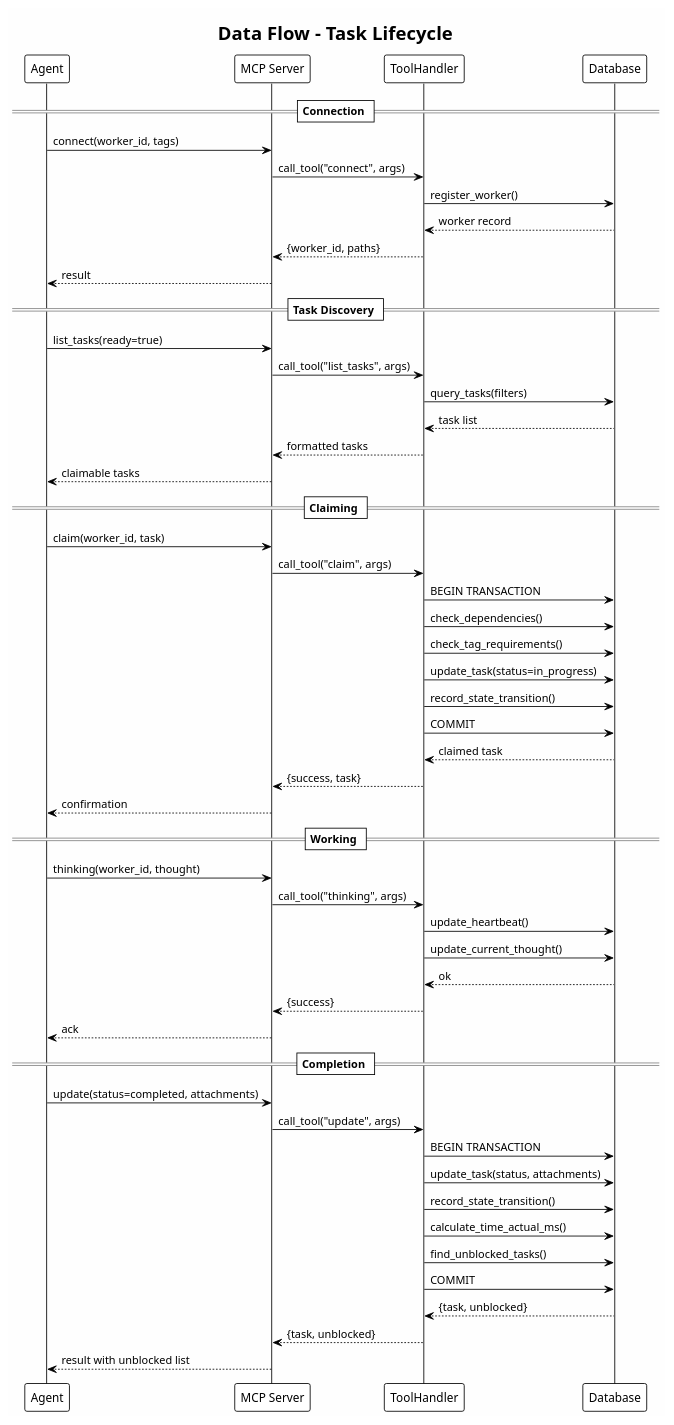
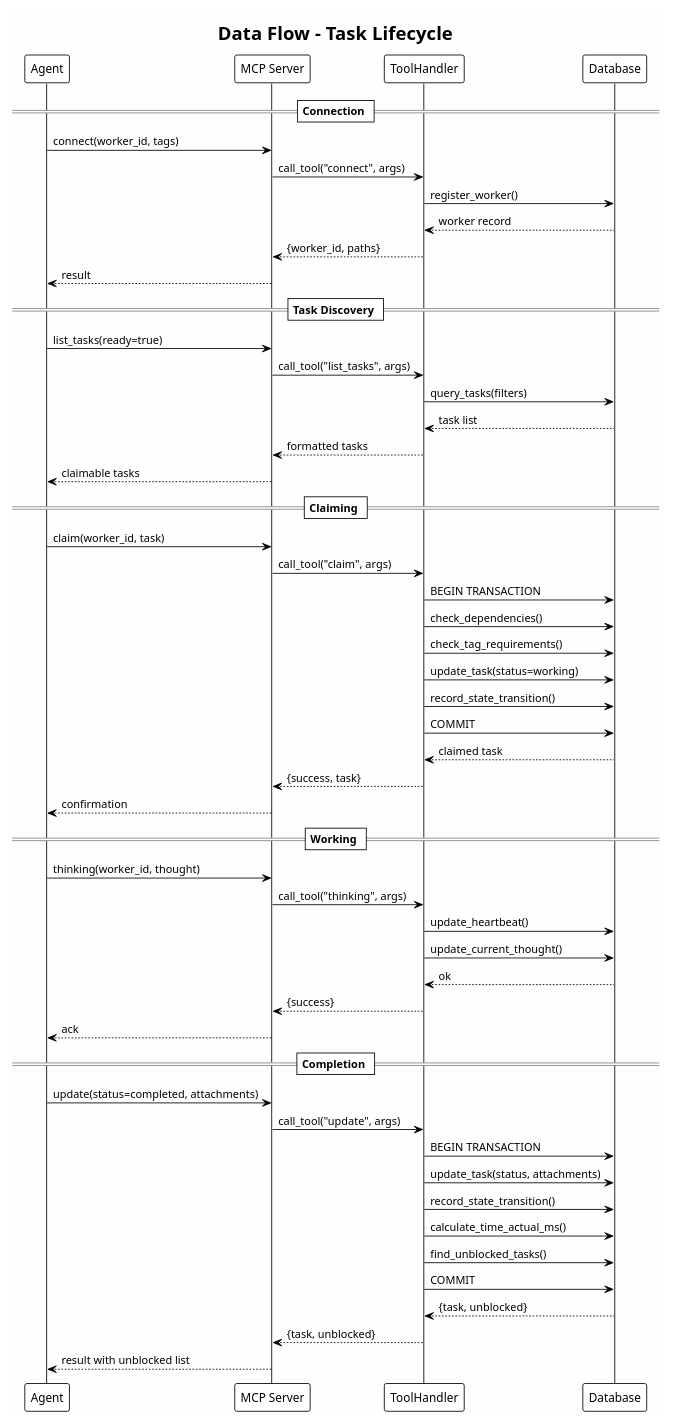
The diagram in docs/diagrams/data-flow.puml (Oortonaut/task-graph-mcp), drawn with PlantUML before and after one commit. The commit also changed 23 other files, not shown here.

First line of the commit message:
Rename in_progress status to working

```diff
--- a/docs/diagrams/data-flow.puml
+++ b/docs/diagrams/data-flow.puml
@@ -1,63 +1,63 @@
 @startuml data-flow
 !theme plain
 skinparam backgroundColor #FEFEFE
 
 title Data Flow - Task Lifecycle
 
 participant "Agent" as agent
 participant "MCP Server" as server
 participant "ToolHandler" as tools
 participant "Database" as db
 
 == Connection ==
 agent -> server : connect(worker_id, tags)
 server -> tools : call_tool("connect", args)
 tools -> db : register_worker()
 db --> tools : worker record
 tools --> server : {worker_id, paths}
 server --> agent : result
 
 == Task Discovery ==
 agent -> server : list_tasks(ready=true)
 server -> tools : call_tool("list_tasks", args)
 tools -> db : query_tasks(filters)
 db --> tools : task list
 tools --> server : formatted tasks
 server --> agent : claimable tasks
 
 == Claiming ==
 agent -> server : claim(worker_id, task)
 server -> tools : call_tool("claim", args)
 tools -> db : BEGIN TRANSACTION
 tools -> db : check_dependencies()
 tools -> db : check_tag_requirements()
-tools -> db : update_task(status=in_progress)
+tools -> db : update_task(status=working)
 tools -> db : record_state_transition()
 tools -> db : COMMIT
 db --> tools : claimed task
 tools --> server : {success, task}
 server --> agent : confirmation
 
 == Working ==
 agent -> server : thinking(worker_id, thought)
 server -> tools : call_tool("thinking", args)
 tools -> db : update_heartbeat()
 tools -> db : update_current_thought()
 db --> tools : ok
 tools --> server : {success}
 server --> agent : ack
 
 == Completion ==
 agent -> server : update(status=completed, attachments)
 server -> tools : call_tool("update", args)
 tools -> db : BEGIN TRANSACTION
 tools -> db : update_task(status, attachments)
 tools -> db : record_state_transition()
 tools -> db : calculate_time_actual_ms()
 tools -> db : find_unblocked_tasks()
 tools -> db : COMMIT
 db --> tools : {task, unblocked}
 tools --> server : {task, unblocked}
 server --> agent : result with unblocked list
 
 @enduml
```
